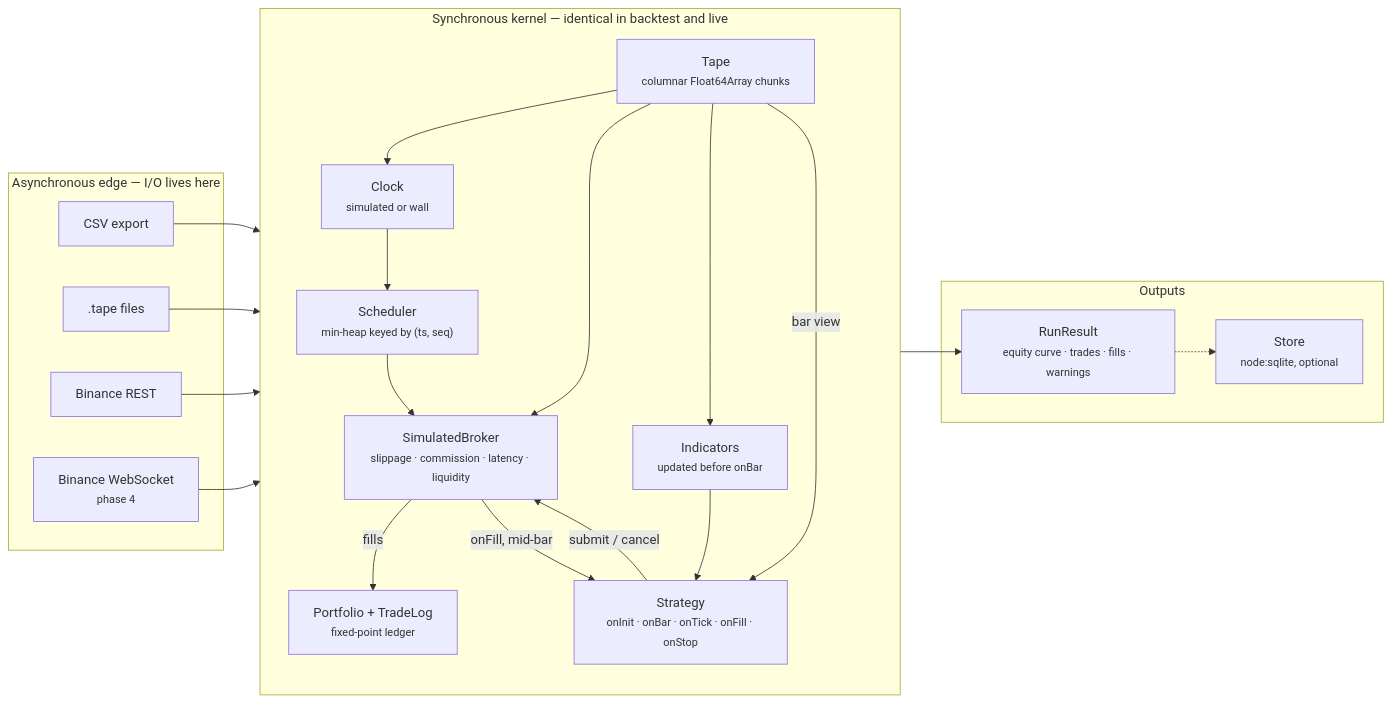
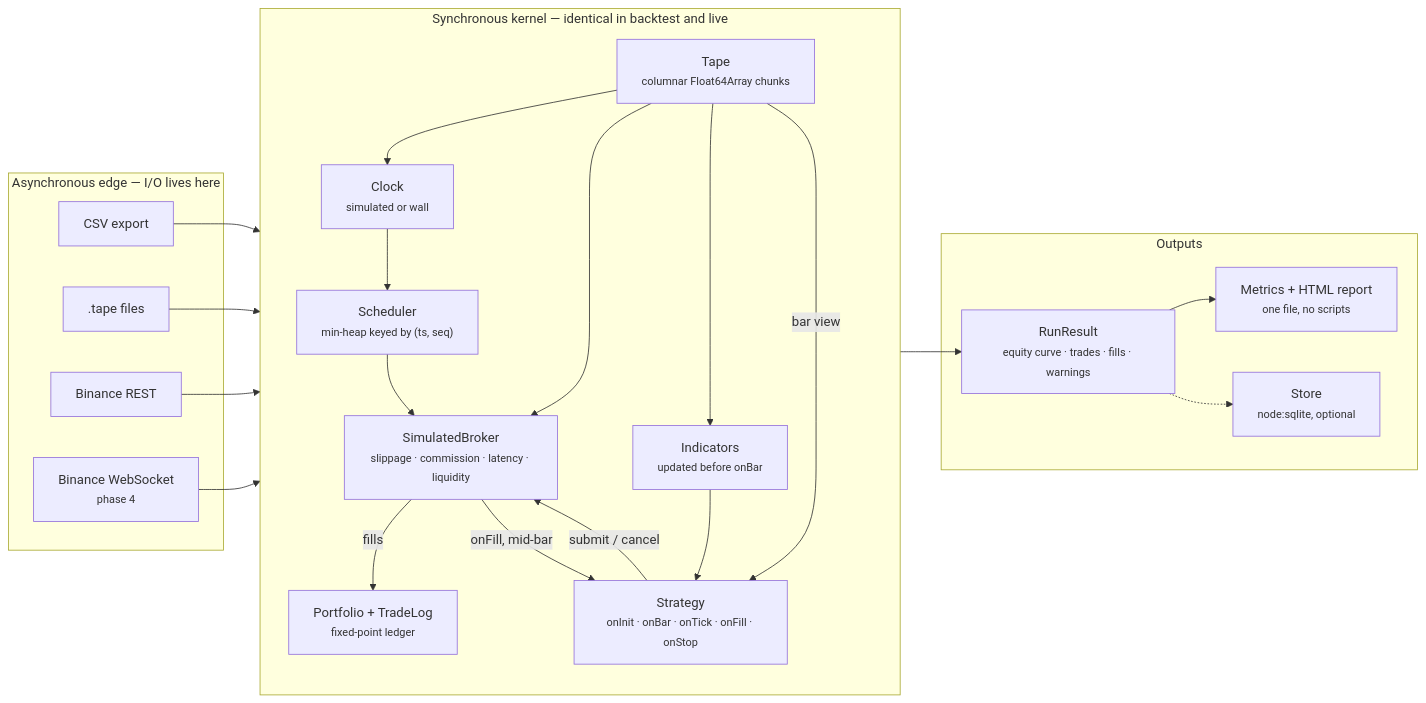
The diagram in README.md (naderfilho/Tapedeck), drawn with Mermaid before and after one commit. The commit also changed other lines of this file and 3 other files, not shown here.

````diff
--- a/README.md
+++ b/README.md
@@ -35,42 +107,44 @@
 ```mermaid
 flowchart LR
   subgraph edge["Asynchronous edge — I/O lives here"]
     csv["CSV export"]
     tape[".tape files"]
     rest["Binance REST"]
     ws["Binance WebSocket<br/><small>phase 4</small>"]
   end
 
   subgraph kernel["Synchronous kernel — identical in backtest and live"]
     direction TB
     chunks["Tape<br/><small>columnar Float64Array chunks</small>"]
     sched["Scheduler<br/><small>min-heap keyed by (ts, seq)</small>"]
     clock["Clock<br/><small>simulated or wall</small>"]
     broker["SimulatedBroker<br/><small>slippage · commission · latency · liquidity</small>"]
     ind["Indicators<br/><small>updated before onBar</small>"]
     strat["Strategy<br/><small>onInit · onBar · onTick · onFill · onStop</small>"]
     port["Portfolio + TradeLog<br/><small>fixed-point ledger</small>"]
   end
 
   subgraph out["Outputs"]
     result["RunResult<br/><small>equity curve · trades · fills · warnings</small>"]
+    report["Metrics + HTML report<br/><small>one file, no scripts</small>"]
     store["Store<br/><small>node:sqlite, optional</small>"]
   end
 
   csv --> chunks
   tape --> chunks
   rest --> chunks
   ws --> sched
   chunks --> clock
   clock --> sched
   sched --> broker
   chunks --> broker
   chunks --> ind
   ind --> strat
   broker -- "fills" --> port
   broker -- "onFill, mid-bar" --> strat
   chunks -- "bar view" --> strat
   strat -- "submit / cancel" --> broker
   port --> result
+  result --> report
   result -.-> store
 ```
````
